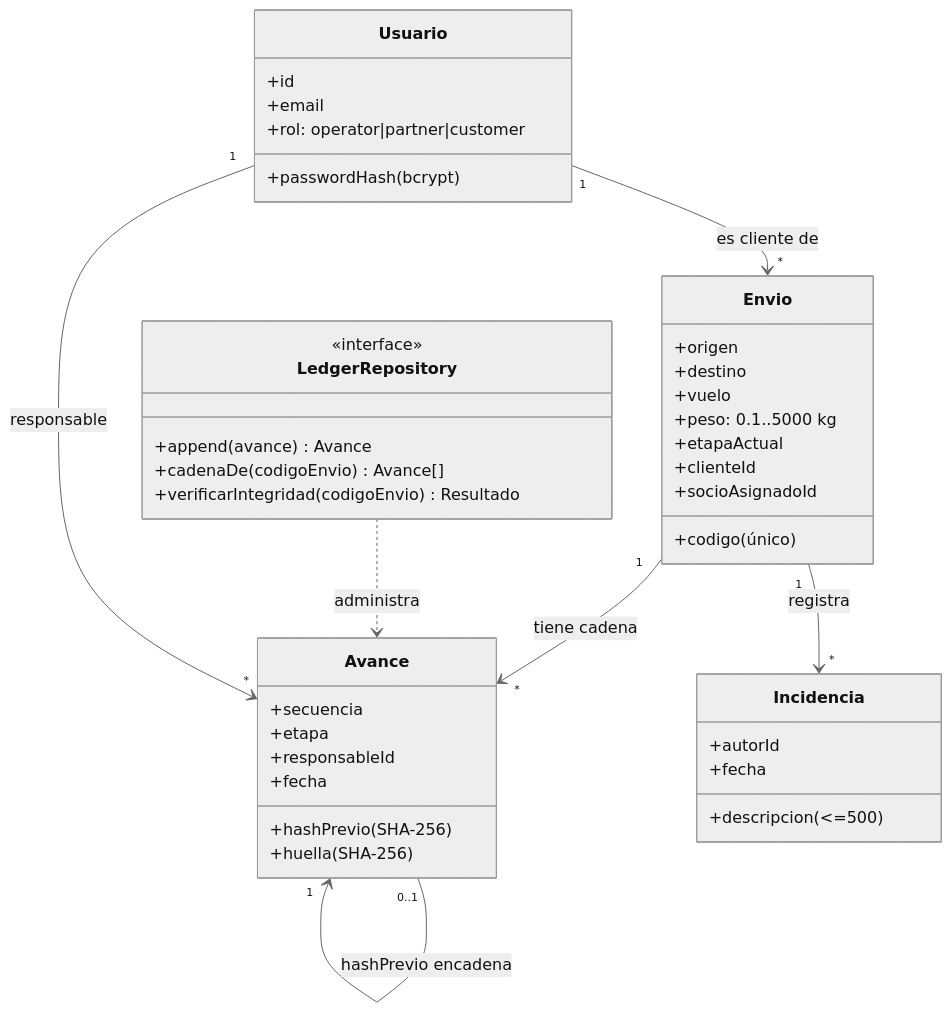
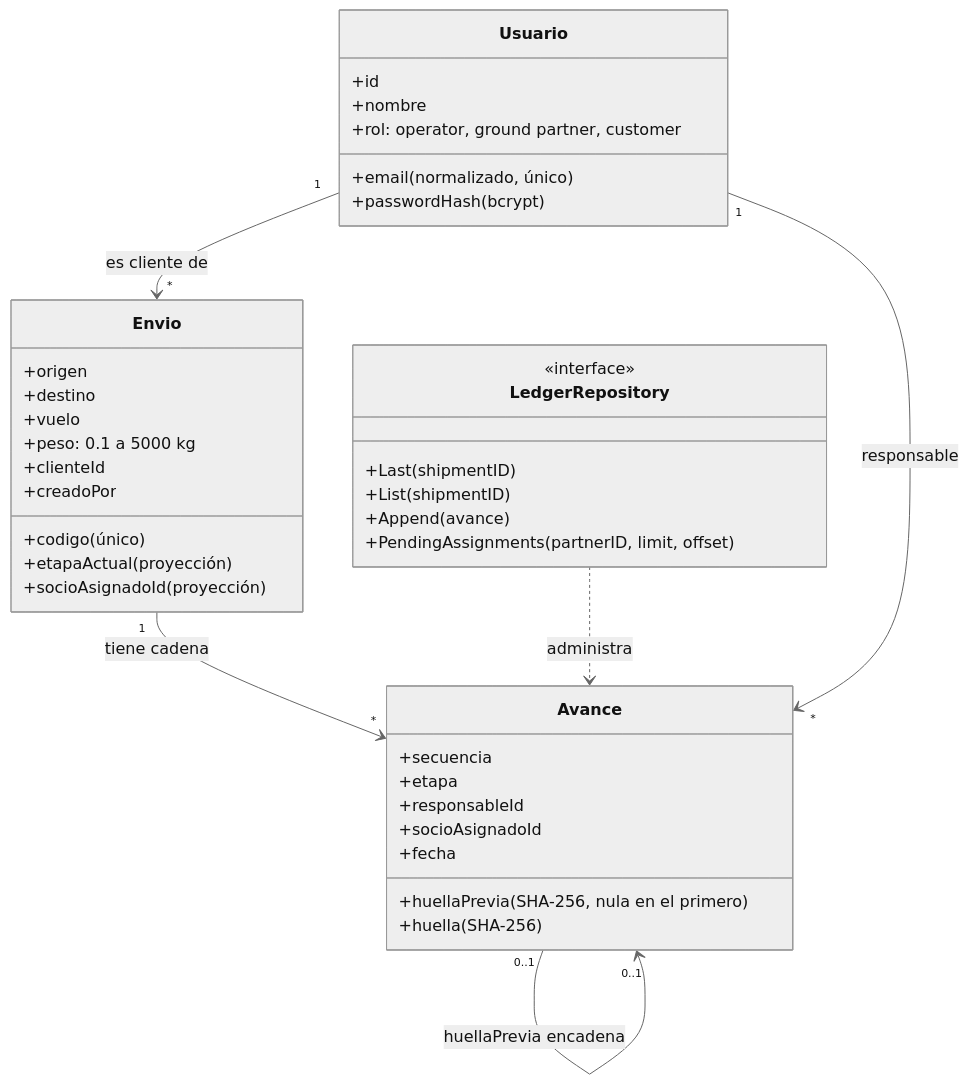
One commit to JairoHGomezCastillo/hubx changed the first of 5 diagrams in docs/diagramas/03-dominio-ledger.md. Above: the diagram before and after it, drawn with Mermaid (neutral theme). The commit also changed other lines of this file and 6 other files, not shown here.

Commit message:
[agent:hubx-lead] 011 update docs/diagramas to the current state

````diff
--- a/docs/diagramas/03-dominio-ledger.md
+++ b/docs/diagramas/03-dominio-ledger.md
@@ -9,45 +14,43 @@
 ```mermaid
 classDiagram
     class Usuario {
         +id
-        +email
-        +rol: operator|partner|customer
+        +email (normalizado, único)
+        +nombre
+        +rol: operator, ground partner, customer
         +passwordHash (bcrypt)
     }
     class Envio {
         +codigo (único)
         +origen
         +destino
         +vuelo
-        +peso: 0.1..5000 kg
-        +etapaActual
+        +peso: 0.1 a 5000 kg
+        +etapaActual (proyección)
         +clienteId
-        +socioAsignadoId
+        +socioAsignadoId (proyección)
+        +creadoPor
     }
     class Avance {
         +secuencia
         +etapa
         +responsableId
+        +socioAsignadoId
         +fecha
-        +hashPrevio (SHA-256)
+        +huellaPrevia (SHA-256, nula en el primero)
         +huella (SHA-256)
-    }
-    class Incidencia {
-        +descripcion (<=500)
-        +autorId
-        +fecha
     }
     class LedgerRepository {
         <<interface>>
-        +append(avance) Avance
-        +cadenaDe(codigoEnvio) Avance[]
-        +verificarIntegridad(codigoEnvio) Resultado
+        +Last(shipmentID)
+        +List(shipmentID)
+        +Append(avance)
+        +PendingAssignments(partnerID, limit, offset)
     }
 
     Usuario "1" --> "*" Envio : es cliente de
     Envio "1" --> "*" Avance : tiene cadena
-    Envio "1" --> "*" Incidencia : registra
-    Avance "0..1" --> "1" Avance : hashPrevio encadena
+    Avance "0..1" --> "0..1" Avance : huellaPrevia encadena
     LedgerRepository ..> Avance : administra
     Usuario "1" --> "*" Avance : responsable
 ```
````
